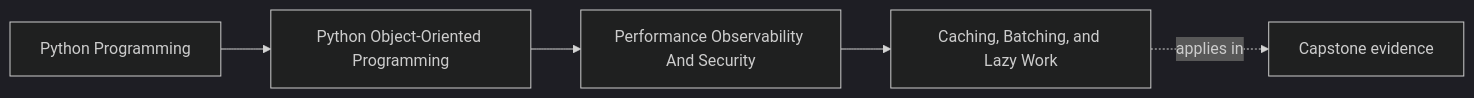
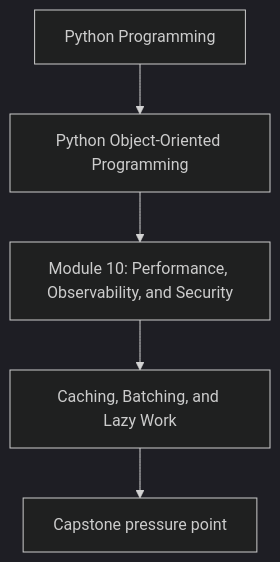
One commit to bijux/bijux-masterclass changed the first of 2 diagrams in programs/python-programming/python-object-oriented-programming/course-book/module-10-performance-observability-and-security/caching-batching-and-lazy-work.md. Above: the diagram before and after it, drawn with Mermaid (dark theme). The commit also changed other lines of this file and 107 other files, not shown here.

Commit message:
docs(python-object-oriented-programming): align concept page diagrams

````diff
--- a/programs/python-programming/python-object-oriented-programming/course-book/module-10-performance-observability-and-security/caching-batching-and-lazy-work.md
+++ b/programs/python-programming/python-object-oriented-programming/course-book/module-10-performance-observability-and-security/caching-batching-and-lazy-work.md
@@ -7,11 +7,7 @@
 ```mermaid
-graph LR
-  family["Python Programming"]
-  program["Python Object-Oriented Programming"]
-  section["Performance Observability And Security"]
-  page["Caching, Batching, and Lazy Work"]
-  capstone["Capstone evidence"]
-
-  family --> program --> section --> page
-  page -.applies in.-> capstone
+flowchart TD
+  family["Python Programming"] --> program["Python Object-Oriented Programming"]
+  program --> module["Module 10: Performance, Observability, and Security"]
+  module --> concept["Caching, Batching, and Lazy Work"]
+  concept --> capstone["Capstone pressure point"]
 ```
````
